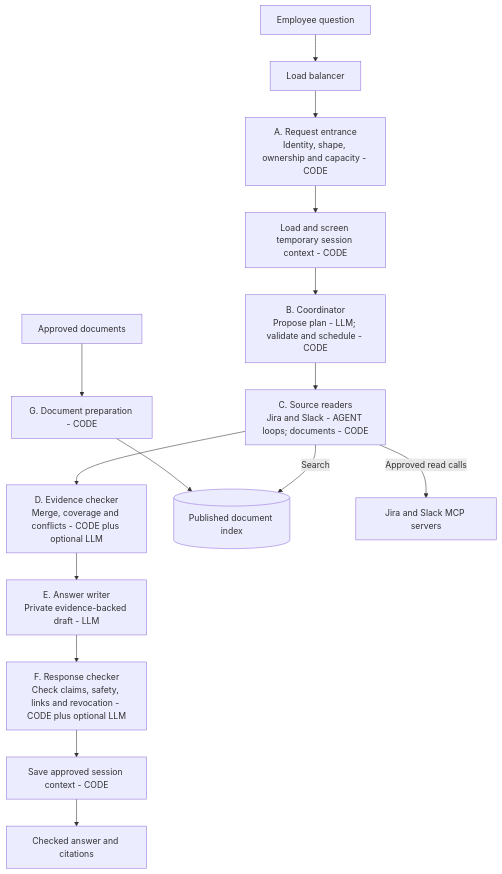
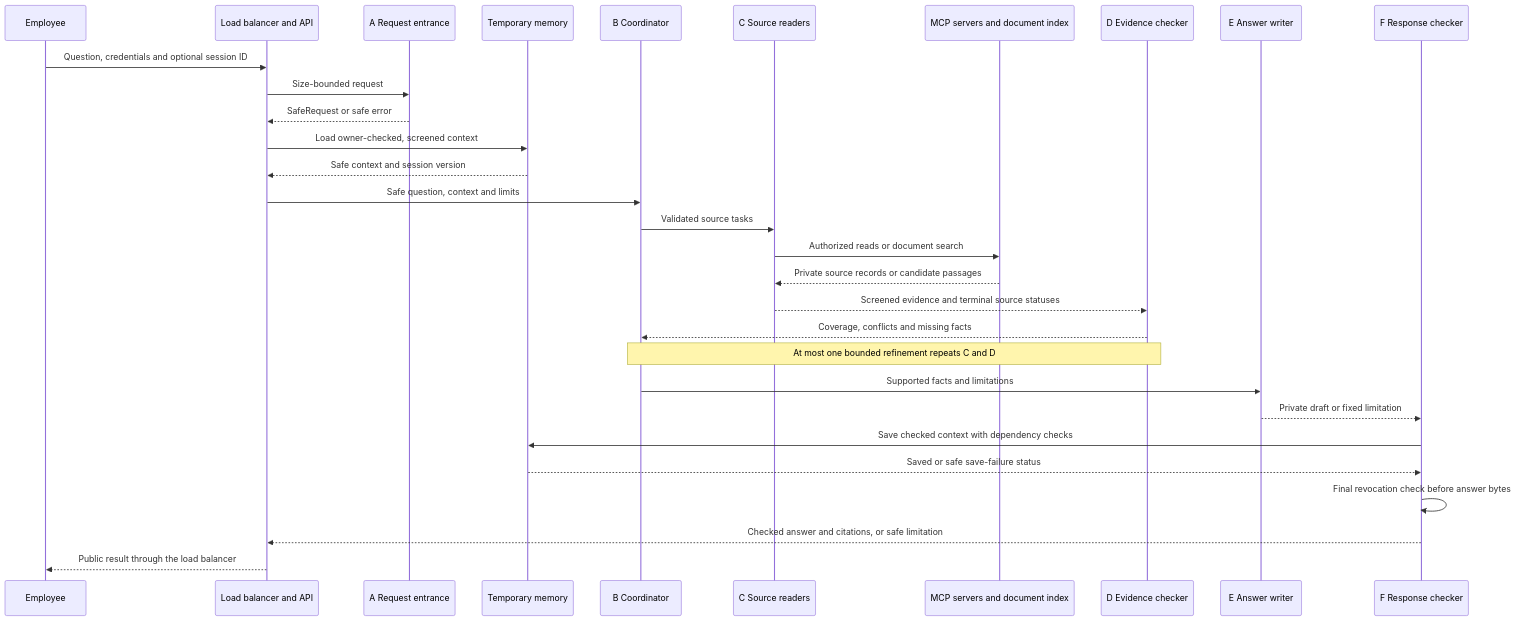
One commit to piyushmaps/interview_proj changed the first of 10 diagrams in docs/architecture/low-level-design.md. Above: the diagram before and after it, drawn with Mermaid. The commit also changed other lines of this file, not shown here.

````diff
--- a/docs/architecture/low-level-design.md
+++ b/docs/architecture/low-level-design.md
@@ -52,17 +67,32 @@
 ```mermaid
-flowchart TD
-    USER[Employee question] --> LB[Load balancer]
-    LB --> A[A. Request entrance<br/>Identity, shape, ownership and capacity - CODE]
-    A --> MEM[Load and screen temporary session context - CODE]
-    MEM --> B[B. Coordinator<br/>Propose plan - LLM; validate and schedule - CODE]
-    B --> C[C. Source readers<br/>Jira and Slack - AGENT loops; documents - CODE]
-    C --> D[D. Evidence checker<br/>Merge, coverage and conflicts - CODE plus optional LLM]
-    D --> E[E. Answer writer<br/>Private evidence-backed draft - LLM]
-    E --> F[F. Response checker<br/>Check claims, safety, links and revocation - CODE plus optional LLM]
-    F --> SAVE[Save approved session context - CODE]
-    SAVE --> OUT[Checked answer and citations]
-    FILES[Approved documents] --> G[G. Document preparation - CODE]
-    G --> INDEX[(Published document index)]
-    C -->|Search| INDEX
-    C -->|Approved read calls| MCP[Jira and Slack MCP servers]
+sequenceDiagram
+    participant U as Employee
+    participant API as Load balancer and API
+    participant A as A Request entrance
+    participant M as Temporary memory
+    participant B as B Coordinator
+    participant C as C Source readers
+    participant S as MCP servers and document index
+    participant D as D Evidence checker
+    participant E as E Answer writer
+    participant F as F Response checker
+    U->>API: Question, credentials and optional session ID
+    API->>A: Size-bounded request
+    A-->>API: SafeRequest or safe error
+    API->>M: Load owner-checked, screened context
+    M-->>API: Safe context and session version
+    API->>B: Safe question, context and limits
+    B->>C: Validated source tasks
+    C->>S: Authorized reads or document search
+    S-->>C: Private source records or candidate passages
+    C-->>D: Screened evidence and terminal source statuses
+    D-->>B: Coverage, conflicts and missing facts
+    Note over B,D: At most one bounded refinement repeats C and D
+    B->>E: Supported facts and limitations
+    E-->>F: Private draft or fixed limitation
+    F->>M: Save checked context with dependency checks
+    M-->>F: Saved or safe save-failure status
+    F->>F: Final revocation check before answer bytes
+    F-->>API: Checked answer and citations, or safe limitation
+    API-->>U: Public result through the load balancer
 ```
````
